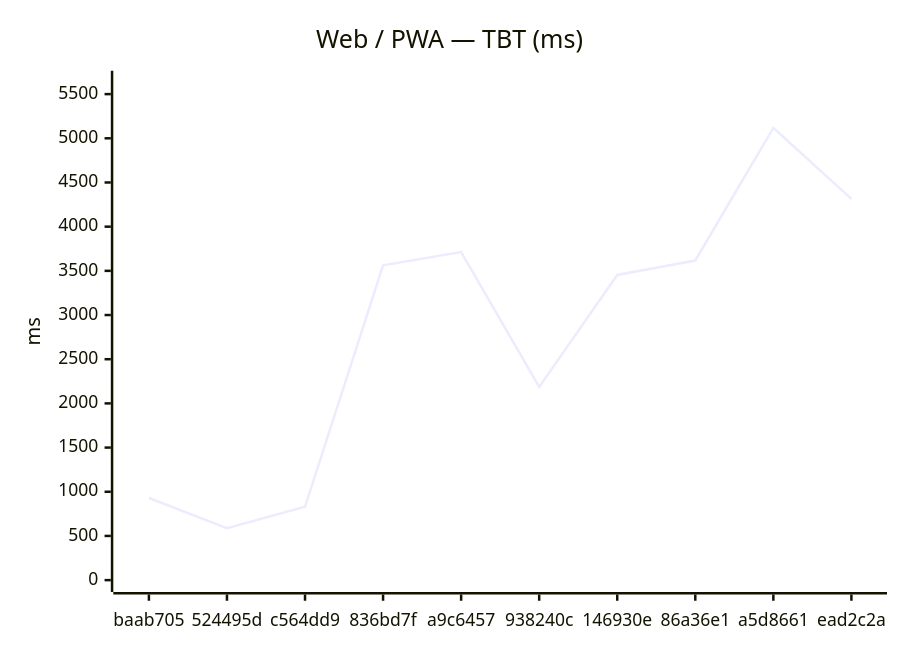
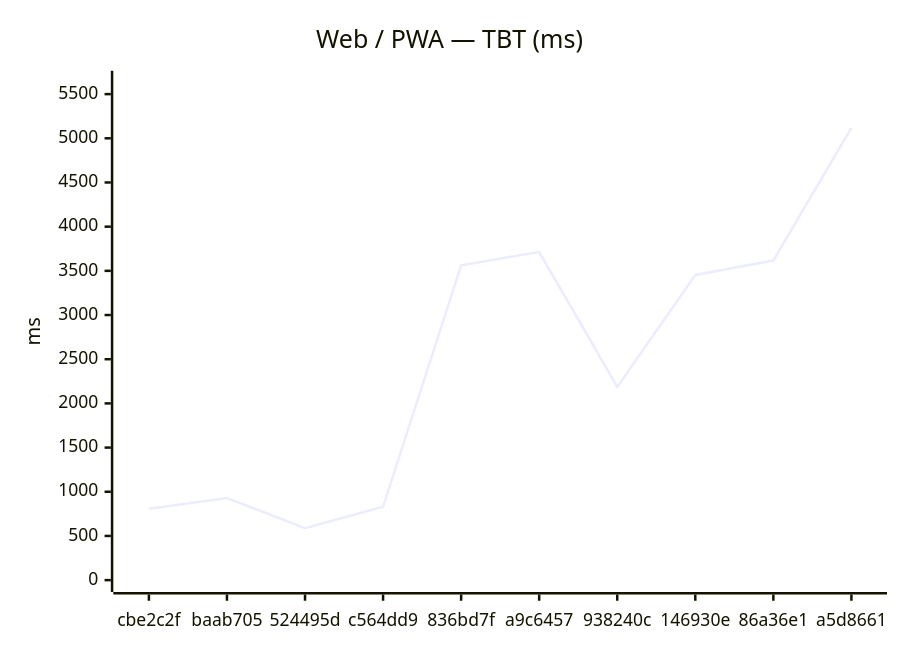
One commit to Metaheurist/Rianell changed the second of 12 diagrams in benchmarks/compare.md. Above: the diagram before and after it, drawn with Mermaid. The commit also changed other lines of this file and 8 other files, not shown here.

````diff
--- a/benchmarks/compare.md
+++ b/benchmarks/compare.md
@@ -31,7 +31,7 @@
 ```mermaid
 xychart-beta
     title "Web / PWA — TBT (ms)"
-    x-axis ["baab705", "524495d", "c564dd9", "836bd7f", "a9c6457", "938240c", "146930e", "86a36e1", "a5d8661", "ead2c2a"]
+    x-axis ["cbe2c2f", "baab705", "524495d", "c564dd9", "836bd7f", "a9c6457", "938240c", "146930e", "86a36e1", "a5d8661"]
     y-axis "ms" 0 --> 5630
-    line [929, 588, 830, 3562, 3713, 2187, 3453, 3617, 5118, 4315]
+    line [807, 929, 588, 830, 3562, 3713, 2187, 3453, 3617, 5118]
 ```
````
